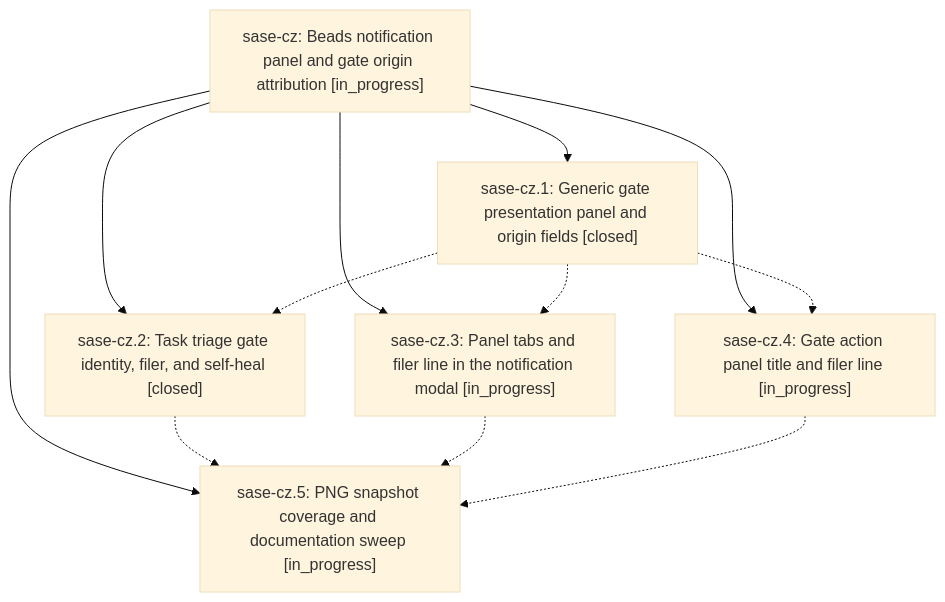
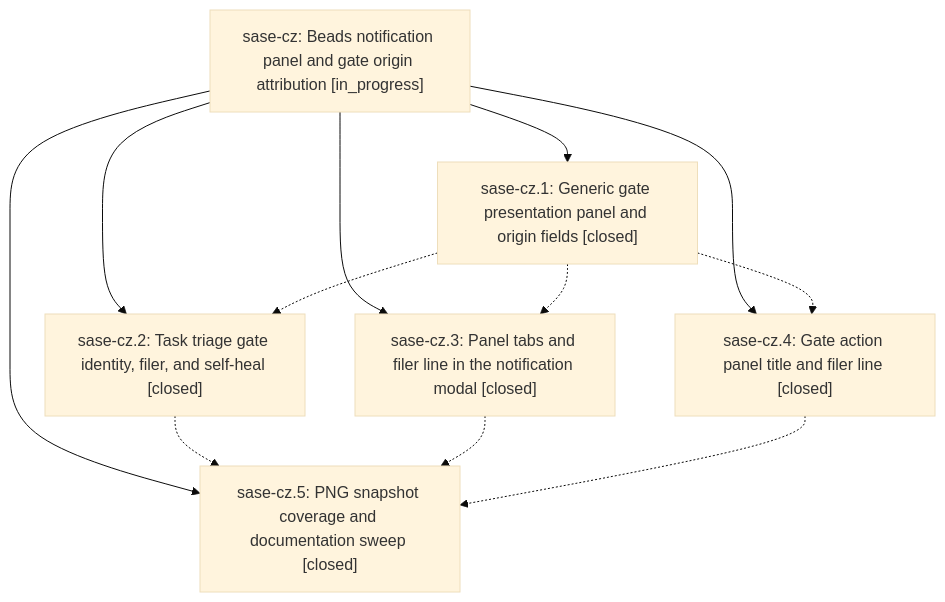
One commit to sase-org/sase--beads changed the diagram in pages/sase-cz/README.md. Above: the diagram before and after it, drawn with Mermaid (base theme). The commit also changed other lines of this file and 5 other files, not shown here.

````diff
--- a/pages/sase-cz/README.md
+++ b/pages/sase-cz/README.md
@@ -26,20 +26,20 @@
 ```mermaid
 flowchart TD
     n0["sase-cz: Beads notification panel and gate origin attribution [in_progress]"]
     n1["sase-cz.1: Generic gate presentation panel and origin fields [closed]"]
     n2["sase-cz.2: Task triage gate identity, filer, and self-heal [closed]"]
-    n3["sase-cz.3: Panel tabs and filer line in the notification modal [in_progress]"]
-    n4["sase-cz.4: Gate action panel title and filer line [in_progress]"]
-    n5["sase-cz.5: PNG snapshot coverage and documentation sweep [in_progress]"]
+    n3["sase-cz.3: Panel tabs and filer line in the notification modal [closed]"]
+    n4["sase-cz.4: Gate action panel title and filer line [closed]"]
+    n5["sase-cz.5: PNG snapshot coverage and documentation sweep [closed]"]
     n0 --> n1
     n0 --> n2
     n0 --> n3
     n0 --> n4
     n0 --> n5
     n1 -.-> n2
     n1 -.-> n3
     n1 -.-> n4
     n2 -.-> n5
     n3 -.-> n5
     n4 -.-> n5
 ```
````
